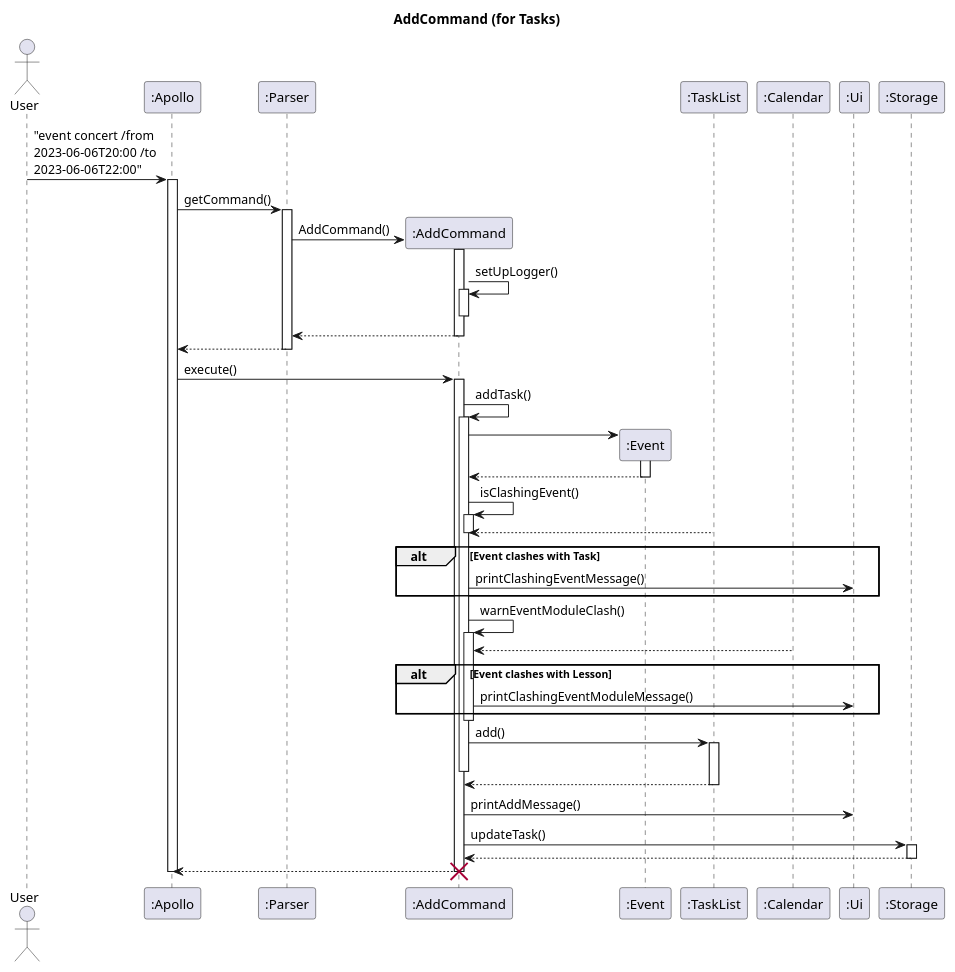
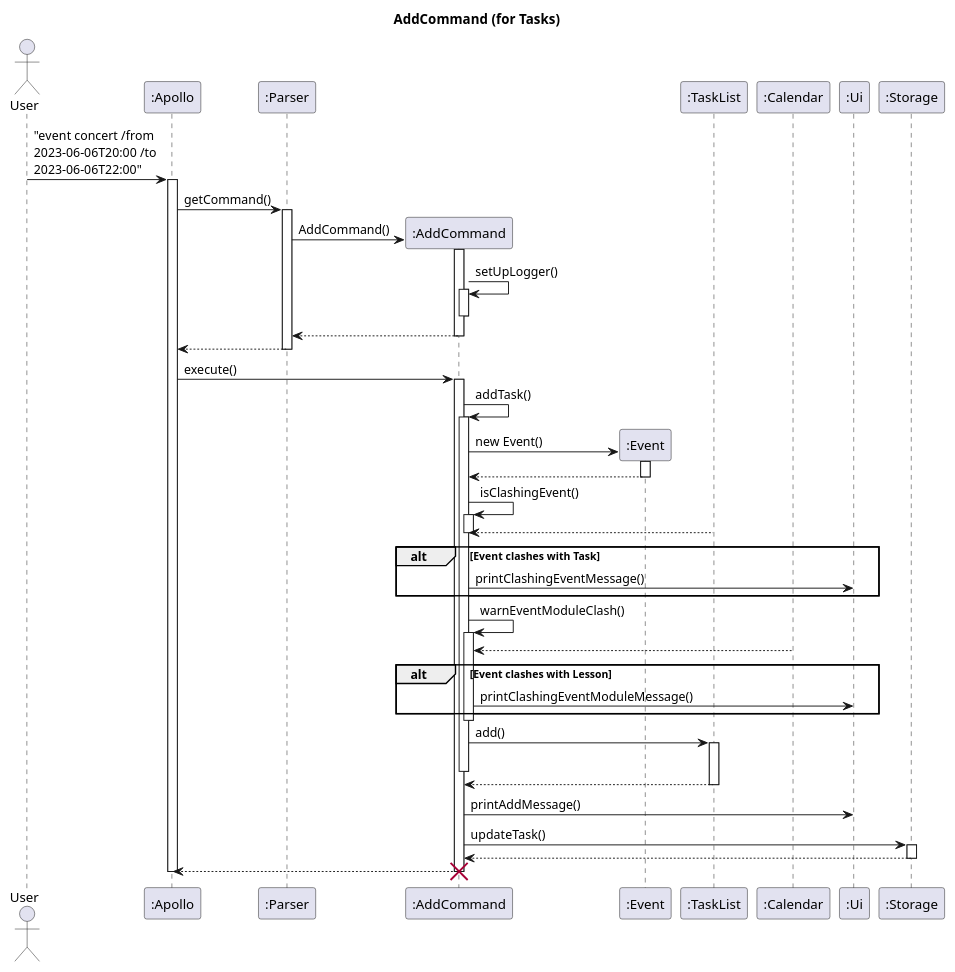
The diagram in docs/uml-source/sequence/AddCommand.puml (nus-cs2113-AY2223S2/tp), drawn with PlantUML before and after one commit. The commit also changed 1 other file, not shown here.

Commit message:
Add missing label for AddCommand diagram

```diff
--- a/docs/uml-source/sequence/AddCommand.puml
+++ b/docs/uml-source/sequence/AddCommand.puml
@@ -1,57 +1,57 @@
 @startuml
 'https://plantuml.com/sequence-diagram
 
 skinparam maxMessageSize 150
 
 title AddCommand (for Tasks)
 
 actor User
 participant ":Apollo" as Apollo
 participant ":Parser" as Parser
 participant ":AddCommand" as add
 participant ":Event" as Event
 participant ":TaskList" as TaskList
 participant ":Calendar" as Calendar
 participant ":Ui" as Ui
 participant ":Storage" as Storage
 
 User -> Apollo : "event concert /from 2023-06-06T20:00 /to 2023-06-06T22:00"
 activate Apollo
 Apollo -> Parser : getCommand()
 activate Parser
 Parser -> add** : AddCommand()
 add++
 add -> add ++ : setUpLogger()
 add--
 return
 return
 
 Apollo -> add : execute()
 activate add
 add -> add++ : addTask()
-add -> Event**
+add -> Event** : new Event()
 Event++
 return
 add -> add++ : isClashingEvent()
 TaskList --> add
 add--
 alt Event clashes with Task
 add -> Ui : printClashingEventMessage()
 end
 add -> add++ : warnEventModuleClash()
 Calendar --> add
 alt Event clashes with Lesson
 add -> Ui : printClashingEventModuleMessage()
 end
 add--
 add -> TaskList++ : add()
 add--
 add <-- TaskList--
 
 add -> Ui : printAddMessage()
 add -> Storage ++ : updateTask()
 return
 return
 destroy add
 Apollo--
 @enduml
```
